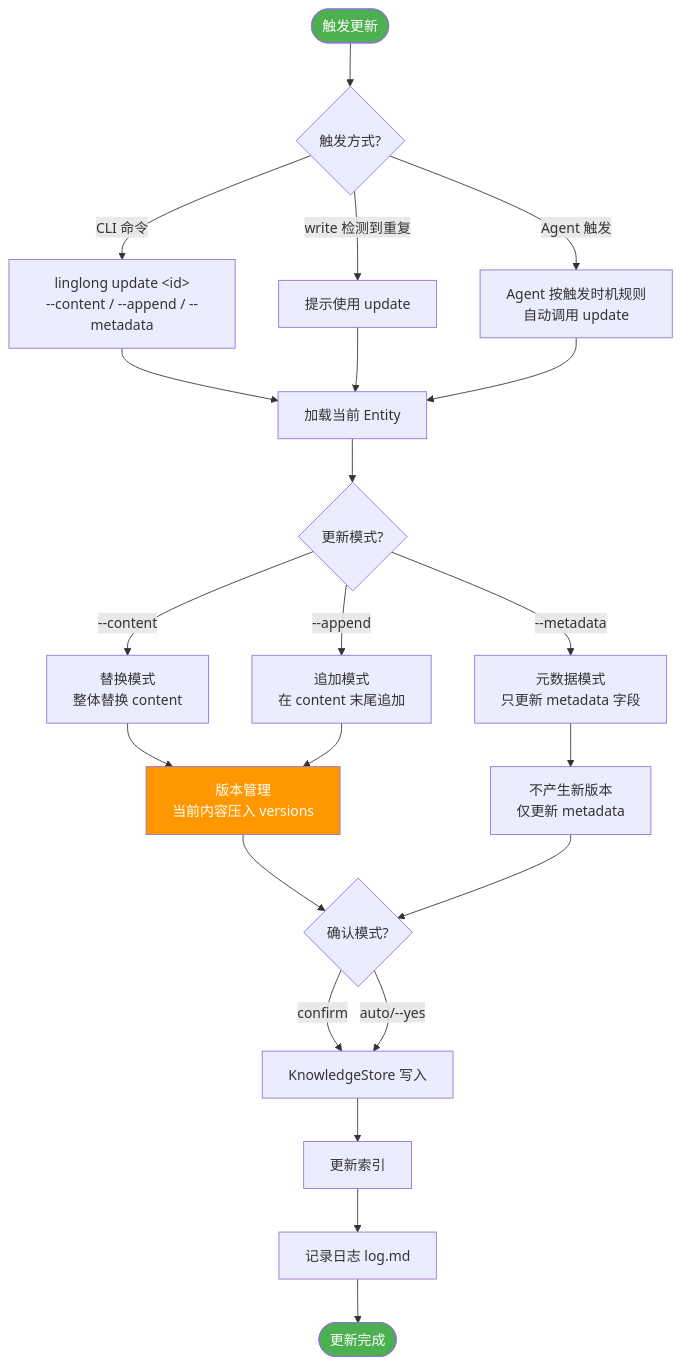
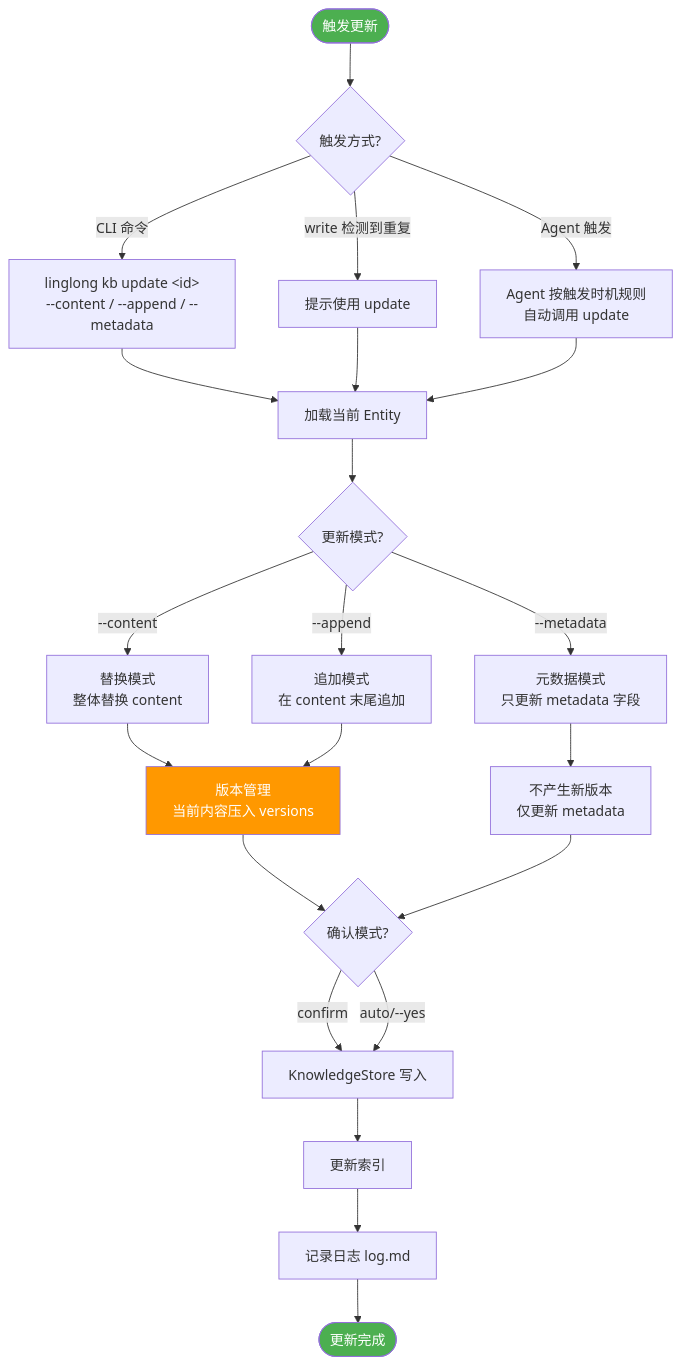
One commit to xinovate/linglong-knowledge changed the first of 2 diagrams in docs/knowledge/design/07-update-path.md. Above: the diagram before and after it, drawn with Mermaid. The commit also changed other lines of this file and 23 other files, not shown here.

````diff
--- a/docs/knowledge/design/07-update-path.md
+++ b/docs/knowledge/design/07-update-path.md
@@ -57,35 +57,35 @@
 ```mermaid
 flowchart TD
     Start([触发更新]) --> Trigger{"触发方式?"}
-    Trigger -->|CLI 命令| CLI["linglong update &lt;id&gt;<br/>--content / --append / --metadata"]
+    Trigger -->|CLI 命令| CLI["linglong kb update &lt;id&gt;<br/>--content / --append / --metadata"]
     Trigger -->|"write 检测到重复"| Guide["提示使用 update"]
     Trigger -->|Agent 触发| Agent["Agent 按触发时机规则<br/>自动调用 update"]
 
     CLI --> Load["加载当前 Entity"]
     Guide --> Load
     Agent --> Load
 
     Load --> Mode{"更新模式?"}
 
     Mode -->|--content| Replace["替换模式<br/>整体替换 content"]
     Mode -->|--append| Append["追加模式<br/>在 content 末尾追加"]
     Mode -->|--metadata| Meta["元数据模式<br/>只更新 metadata 字段"]
 
     Replace --> Version["版本管理<br/>当前内容压入 versions"]
     Append --> Version
     Meta --> SkipVersion["不产生新版本<br/>仅更新 metadata"]
 
     Version --> Confirm{确认模式?}
     SkipVersion --> Confirm
 
     Confirm -->|confirm| Store["KnowledgeStore 写入"]
     Confirm -->|auto/--yes| Store
 
     Store --> Index["更新索引"]
     Index --> Log["记录日志 log.md"]
     Log --> Done([更新完成])
 
     style Start fill:#4CAF50,color:#fff
     style Done fill:#4CAF50,color:#fff
     style Version fill:#FF9800,color:#fff
 ```
````
